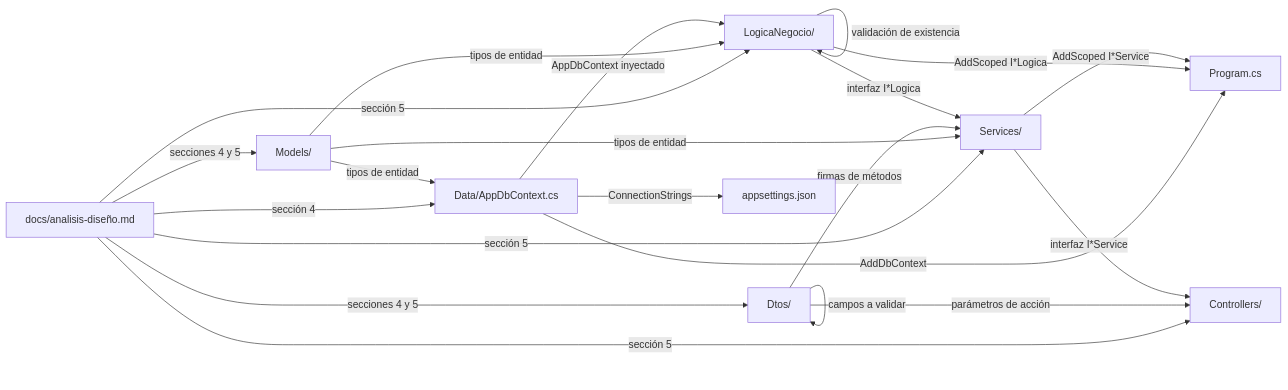
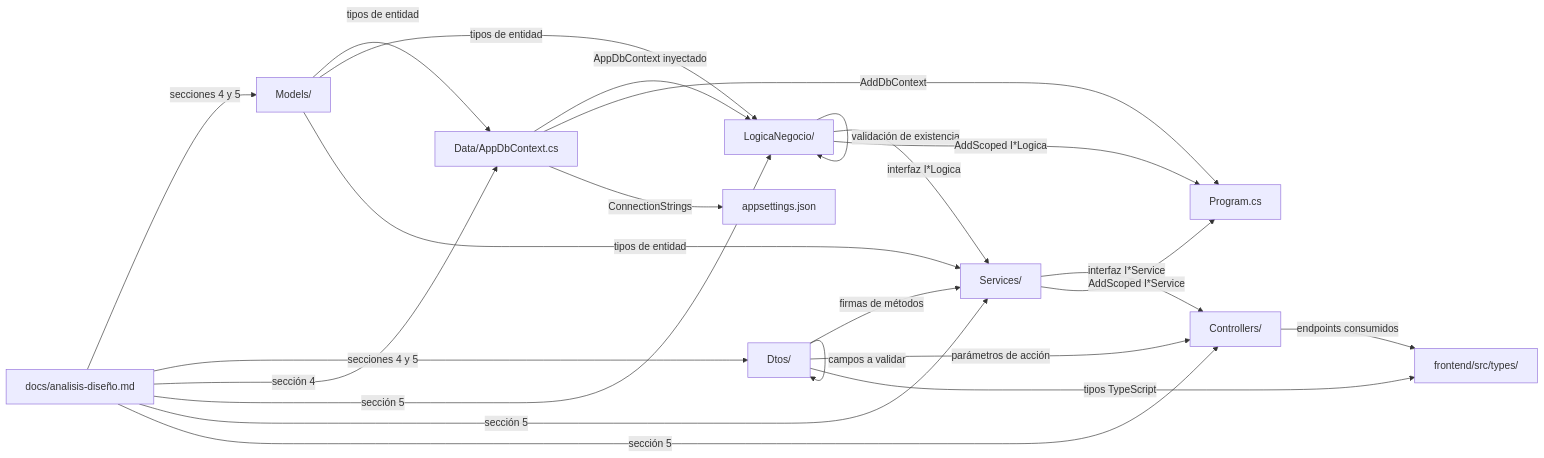
Before and after one commit to hispafox/DemoCopilot: the second of 6 diagrams in docs/skills-orquestacion.md, drawn with Mermaid. The commit also changed other lines of this file and 10 other files, not shown here.

````diff
--- a/docs/skills-orquestacion.md
+++ b/docs/skills-orquestacion.md
@@ -70,35 +74,37 @@
 ```mermaid
 graph LR
     AD["docs/analisis-diseño.md"]
     MO["Models/"]
     DT["Dtos/"]
     DB["Data/AppDbContext.cs"]
     LN["LogicaNegocio/"]
     SV["Services/"]
     CT["Controllers/"]
     PR["Program.cs"]
     AP["appsettings.json"]
 
     AD -->|"secciones 4 y 5"| MO
     AD -->|"secciones 4 y 5"| DT
     AD -->|"sección 4"| DB
     AD -->|"sección 5"| LN
     AD -->|"sección 5"| SV
     AD -->|"sección 5"| CT
 
     MO -->|"tipos de entidad"| DB
     MO -->|"tipos de entidad"| LN
     MO -->|"tipos de entidad"| SV
     DT -->|"campos a validar"| DT
     DT -->|"firmas de métodos"| SV
     DT -->|"parámetros de acción"| CT
     DB -->|"AppDbContext inyectado"| LN
     LN -->|"validación de existencia"| LN
     LN -->|"interfaz I*Logica"| SV
     SV -->|"interfaz I*Service"| CT
+    DT -->|"tipos TypeScript"| FR["frontend/src/types/"]
+    CT -->|"endpoints consumidos"| FR
 
     DB -->|"AddDbContext"| PR
     DB -->|"ConnectionStrings"| AP
     LN -->|"AddScoped I*Logica"| PR
     SV -->|"AddScoped I*Service"| PR
 ```
````
